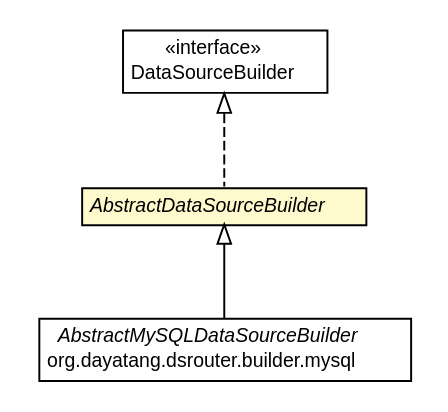
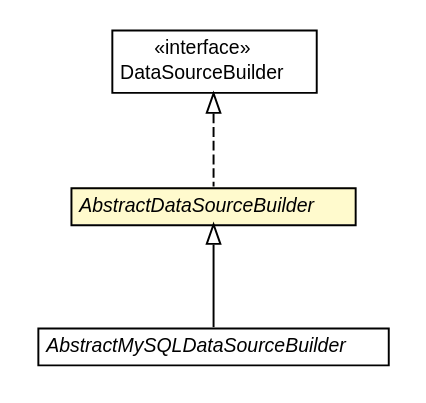
The diagram in dddlib-datasource-router/apidocs/org/dayatang/dsrouter/builder/AbstractDataSourceBuilder.dot (dayatang/dddlib), drawn with Graphviz before and after one commit. The commit also changed 269 other files, not shown here.

```diff
--- a/dddlib-datasource-router/apidocs/org/dayatang/dsrouter/builder/AbstractDataSourceBuilder.dot
+++ b/dddlib-datasource-router/apidocs/org/dayatang/dsrouter/builder/AbstractDataSourceBuilder.dot
@@ -1,36 +1,35 @@
 #!/usr/local/bin/dot
 #
 # Class diagram 
 # Generated by UMLGraph version R5_6_6-8-g8d7759 (http://www.umlgraph.org/)
 #
 
 digraph G {
 	edge [fontname="Helvetica",fontsize=10,labelfontname="Helvetica",labelfontsize=10];
 	node [fontname="Helvetica",fontsize=10,shape=plaintext];
 	nodesep=0.25;
 	ranksep=0.5;
 	// org.dayatang.dsrouter.builder.DataSourceBuilder
-	c145 [label=<<table title="org.dayatang.dsrouter.builder.DataSourceBuilder" border="0" cellborder="1" cellspacing="0" cellpadding="2" port="p" href="./DataSourceBuilder.html">
+	c136 [label=<<table title="org.dayatang.dsrouter.builder.DataSourceBuilder" border="0" cellborder="1" cellspacing="0" cellpadding="2" port="p" href="./DataSourceBuilder.html">
 		<tr><td><table border="0" cellspacing="0" cellpadding="1">
 <tr><td align="center" balign="center"> &#171;interface&#187; </td></tr>
 <tr><td align="center" balign="center"> DataSourceBuilder </td></tr>
 		</table></td></tr>
 		</table>>, URL="./DataSourceBuilder.html", fontname="Helvetica", fontcolor="black", fontsize=10.0];
 	// org.dayatang.dsrouter.builder.AbstractDataSourceBuilder
-	c146 [label=<<table title="org.dayatang.dsrouter.builder.AbstractDataSourceBuilder" border="0" cellborder="1" cellspacing="0" cellpadding="2" port="p" bgcolor="lemonChiffon" href="./AbstractDataSourceBuilder.html">
+	c137 [label=<<table title="org.dayatang.dsrouter.builder.AbstractDataSourceBuilder" border="0" cellborder="1" cellspacing="0" cellpadding="2" port="p" bgcolor="lemonChiffon" href="./AbstractDataSourceBuilder.html">
 		<tr><td><table border="0" cellspacing="0" cellpadding="1">
 <tr><td align="center" balign="center"><font face="Helvetica-Oblique"> AbstractDataSourceBuilder </font></td></tr>
 		</table></td></tr>
 		</table>>, URL="./AbstractDataSourceBuilder.html", fontname="Helvetica", fontcolor="black", fontsize=10.0];
 	// org.dayatang.dsrouter.builder.mysql.AbstractMySQLDataSourceBuilder
-	c149 [label=<<table title="org.dayatang.dsrouter.builder.mysql.AbstractMySQLDataSourceBuilder" border="0" cellborder="1" cellspacing="0" cellpadding="2" port="p" href="./mysql/AbstractMySQLDataSourceBuilder.html">
+	c140 [label=<<table title="org.dayatang.dsrouter.builder.mysql.AbstractMySQLDataSourceBuilder" border="0" cellborder="1" cellspacing="0" cellpadding="2" port="p" href="./mysql/AbstractMySQLDataSourceBuilder.html">
 		<tr><td><table border="0" cellspacing="0" cellpadding="1">
 <tr><td align="center" balign="center"><font face="Helvetica-Oblique"> AbstractMySQLDataSourceBuilder </font></td></tr>
-<tr><td align="center" balign="center"> org.dayatang.dsrouter.builder.mysql </td></tr>
 		</table></td></tr>
 		</table>>, URL="./mysql/AbstractMySQLDataSourceBuilder.html", fontname="Helvetica", fontcolor="black", fontsize=10.0];
 	//org.dayatang.dsrouter.builder.AbstractDataSourceBuilder implements org.dayatang.dsrouter.builder.DataSourceBuilder
-	c145:p -> c146:p [dir=back,arrowtail=empty,style=dashed];
+	c136:p -> c137:p [dir=back,arrowtail=empty,style=dashed];
 	//org.dayatang.dsrouter.builder.mysql.AbstractMySQLDataSourceBuilder extends org.dayatang.dsrouter.builder.AbstractDataSourceBuilder
-	c146:p -> c149:p [dir=back,arrowtail=empty];
+	c137:p -> c140:p [dir=back,arrowtail=empty];
 }
```
